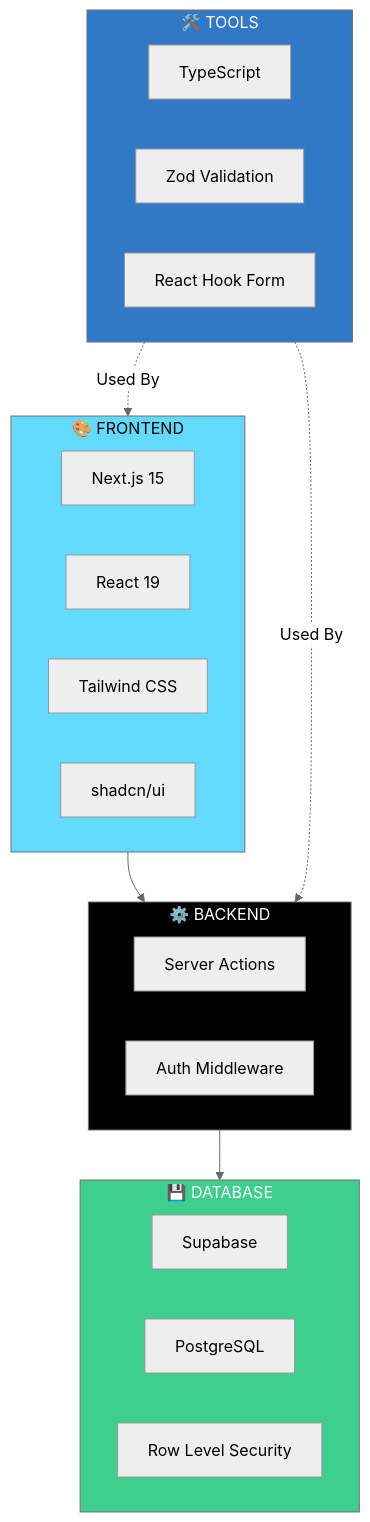
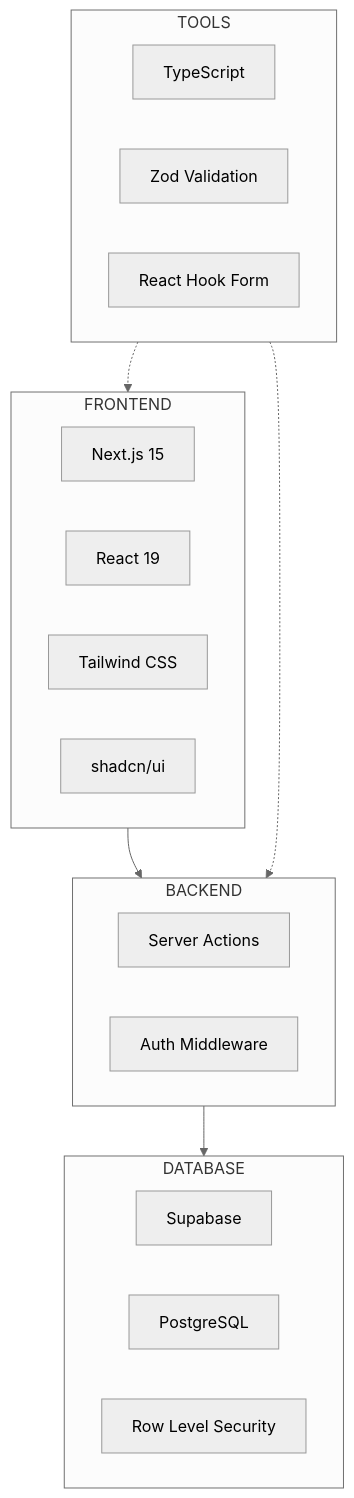
The sixth of 7 diagrams in README.md (jngonzales/architecture), drawn with Mermaid (neutral theme) before and after one commit. The commit also changed other lines of this file, not shown here.

````diff
--- a/README.md
+++ b/README.md
@@ -198,36 +188,31 @@
 ```mermaid
 flowchart TB
-    subgraph Frontend["🎨 FRONTEND"]
+    subgraph Frontend["FRONTEND"]
         Next["Next.js 15"]
         React["React 19"]
         TW["Tailwind CSS"]
         Shadcn["shadcn/ui"]
     end
 
-    subgraph Backend["⚙️ BACKEND"]
+    subgraph Backend["BACKEND"]
         ServerActions["Server Actions"]
         Middleware["Auth Middleware"]
     end
 
-    subgraph Database["💾 DATABASE"]
+    subgraph Database["DATABASE"]
         Supa["Supabase"]
         PG["PostgreSQL"]
         RLS["Row Level Security"]
     end
 
-    subgraph Tools["🛠️ TOOLS"]
+    subgraph Tools["TOOLS"]
         TS["TypeScript"]
         Zod["Zod Validation"]
         RHF["React Hook Form"]
     end
 
     Frontend --> Backend
     Backend --> Database
-    Tools -.->|"Used By"| Frontend
-    Tools -.->|"Used By"| Backend
-
-    style Frontend fill:#61dafb,color:#000
-    style Backend fill:#000,color:#fff
-    style Database fill:#3ecf8e,color:#fff
-    style Tools fill:#3178c6,color:#fff
+    Tools -.-> Frontend
+    Tools -.-> Backend
 ```
````
